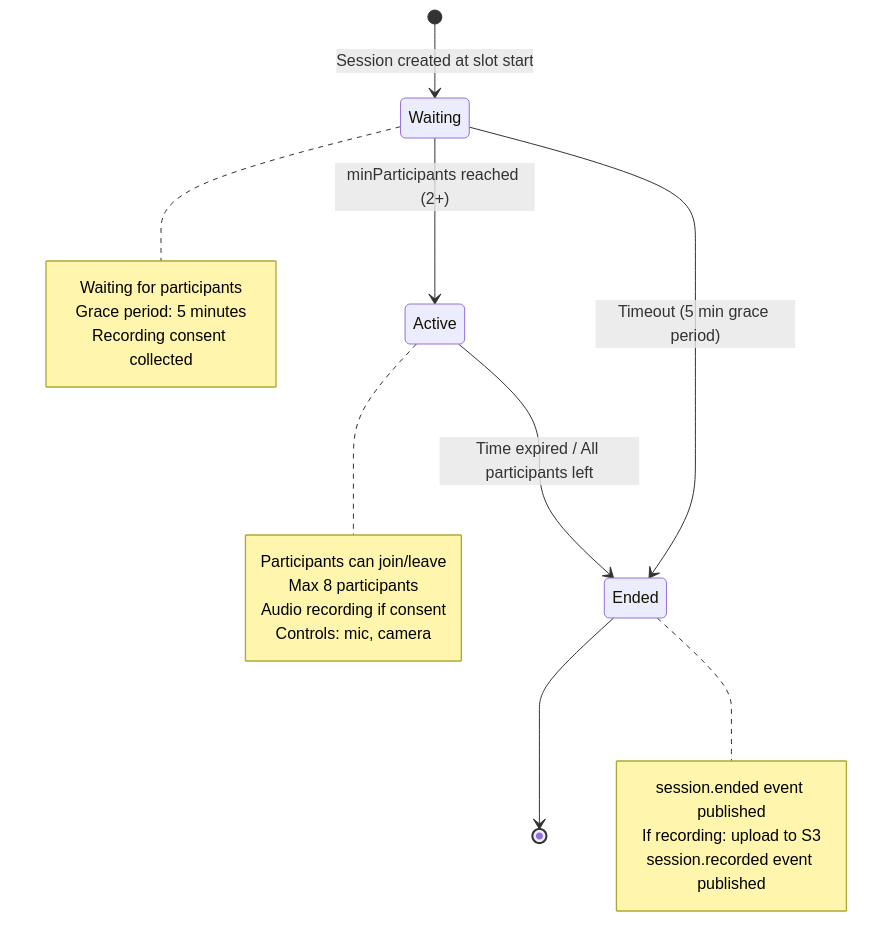
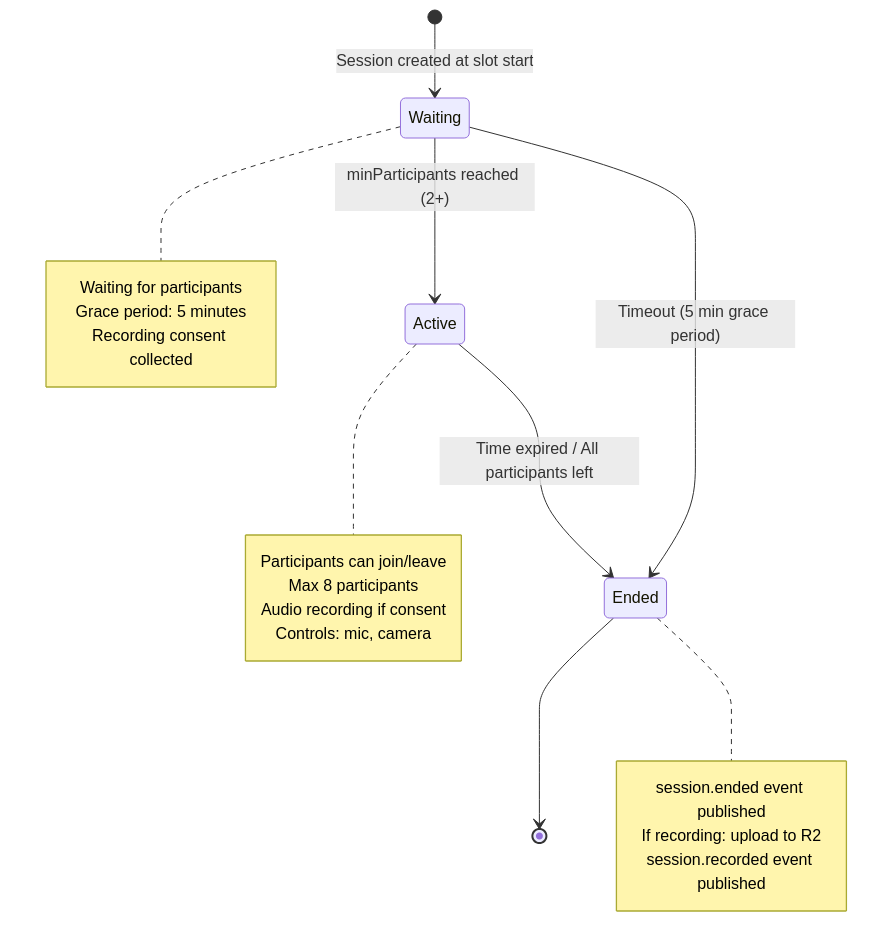
The fourth of 6 diagrams in 03-conversation-service/DIAGRAMS.md (we-speak-org/wespeak-specifications), drawn with Mermaid before and after one commit. The commit also changed other lines of this file and 7 other files, not shown here.

````diff
--- a/03-conversation-service/DIAGRAMS.md
+++ b/03-conversation-service/DIAGRAMS.md
@@ -158,30 +158,30 @@
 ```mermaid
 stateDiagram-v2
     [*] --> Waiting: Session created at slot start
     
     Waiting --> Active: minParticipants reached (2+)
     Waiting --> Ended: Timeout (5 min grace period)
     
     Active --> Ended: Time expired / All participants left
     
     Ended --> [*]
     
     note right of Waiting
         Waiting for participants
         Grace period: 5 minutes
         Recording consent collected
     end note
     
     note right of Active
         Participants can join/leave
         Max 8 participants
         Audio recording if consent
         Controls: mic, camera
     end note
     
     note right of Ended
         session.ended event published
-        If recording: upload to S3
+        If recording: upload to R2
         session.recorded event published
     end note
 ```
````
